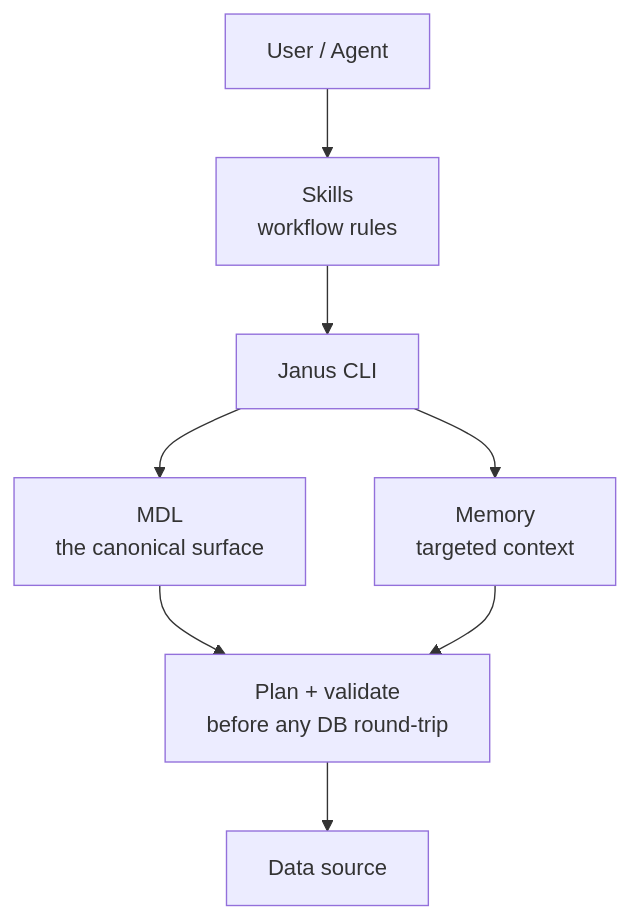
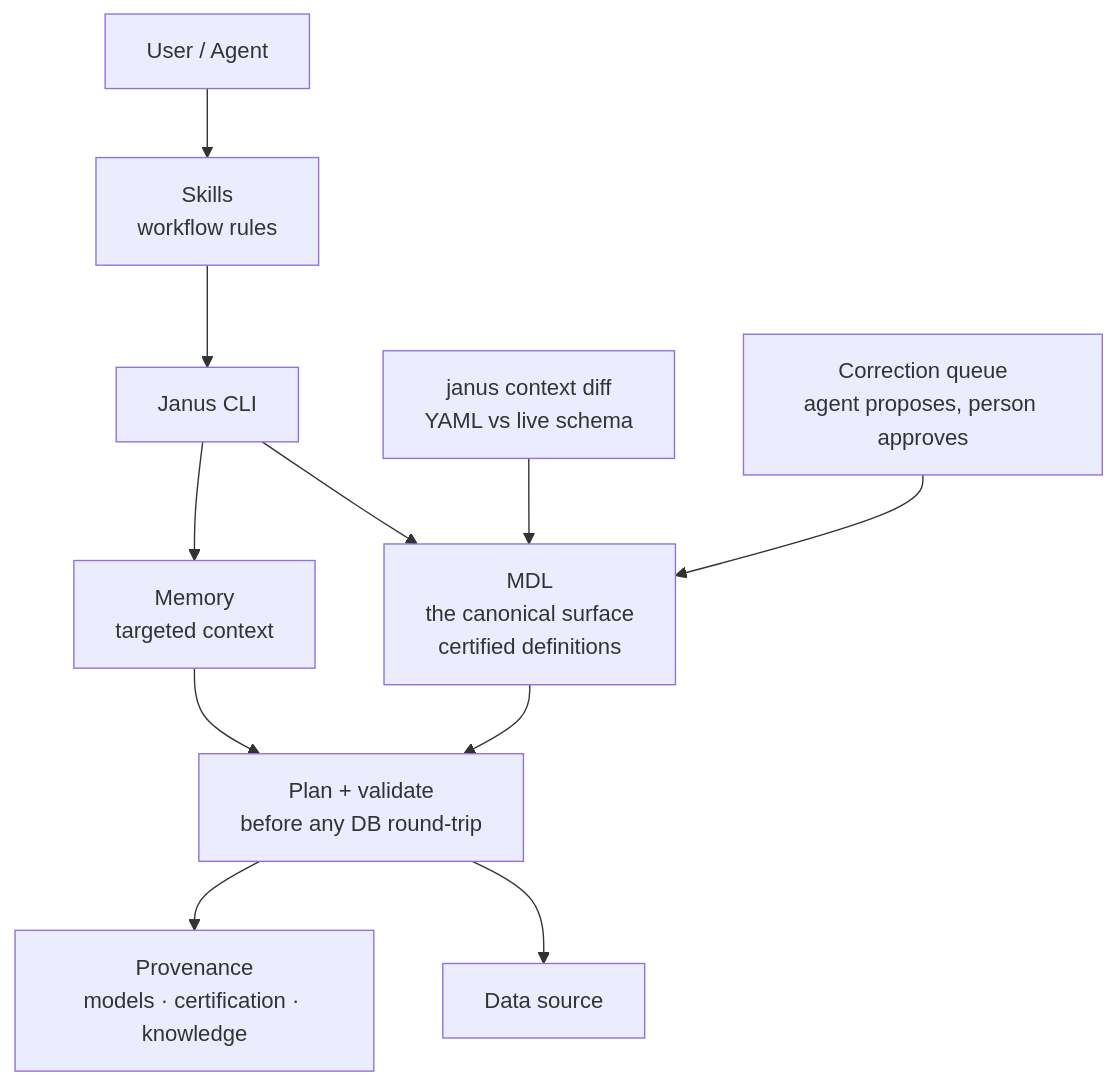
One commit to zsjtiger/WrenAI changed the diagram in docs/core/zh-CN/concepts/correctness.md. Above: the diagram before and after it, drawn with Mermaid. The commit also changed other lines of this file and 9 other files, not shown here.

First line of the commit message:
docs: update the context-layer architecture, diagrams, and connector count

````diff
--- a/docs/core/zh-CN/concepts/correctness.md
+++ b/docs/core/zh-CN/concepts/correctness.md
@@ -13,10 +13,13 @@
 ```mermaid
 flowchart TD
   user["User / Agent"] --> skills["Skills<br/>workflow rules"]
   skills --> cli["Janus CLI"]
-  cli --> mdl["MDL<br/>the canonical surface"]
+  cli --> mdl["MDL<br/>the canonical surface<br/>certified definitions"]
   cli --> memory["Memory<br/>targeted context"]
   mdl --> planner["Plan + validate<br/>before any DB round-trip"]
   memory --> planner
   planner --> data["Data source"]
+  planner --> prov["Provenance<br/>models · certification · knowledge"]
+  diff["janus context diff<br/>YAML vs live schema"] --> mdl
+  review["Correction queue<br/>agent proposes, person approves"] --> mdl
 ```
````
